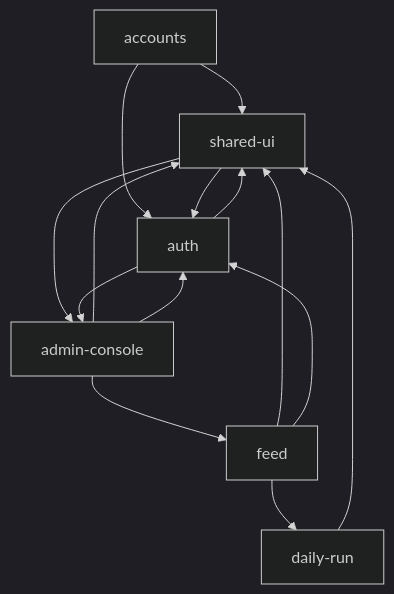
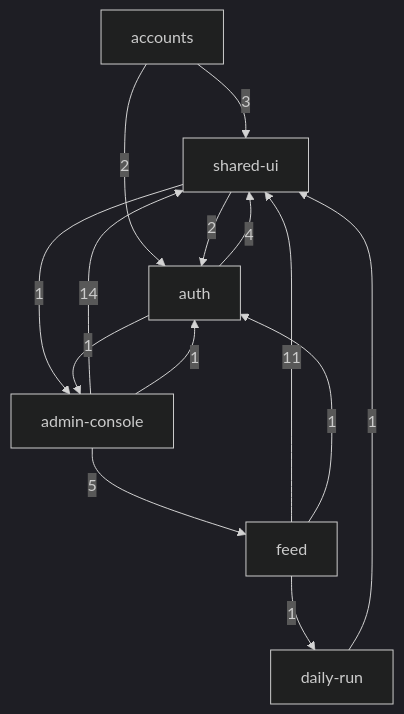
The second of 2 diagrams in context/map/evidence/3-structure.md (kwmacioszek/szczur-radar), drawn with Mermaid (dark theme) before and after one commit. The commit also changed other lines of this file and 21 other files, not shown here.

````diff
--- a/context/map/evidence/3-structure.md
+++ b/context/map/evidence/3-structure.md
@@ -94,22 +97,22 @@
 ```mermaid
 graph TB
   accounts["accounts"]
   ui["shared-ui"]
   auth["auth"]
   daily["daily-run"]
   admin["admin-console"]
   feed["feed"]
-  accounts --> ui
-  accounts --> auth
-  ui --> auth
-  ui --> admin
-  auth --> ui
-  auth --> admin
-  daily --> ui
-  admin --> ui
-  admin --> auth
-  admin --> feed
-  feed --> ui
-  feed --> daily
-  feed --> auth
+  admin -->|14| ui
+  feed -->|11| ui
+  admin -->|5| feed
+  auth -->|4| ui
+  accounts -->|3| ui
+  accounts -->|2| auth
+  ui -->|2| auth
+  ui -->|1| admin
+  auth -->|1| admin
+  admin -->|1| auth
+  daily -->|1| ui
+  feed -->|1| daily
+  feed -->|1| auth
 ```
````
